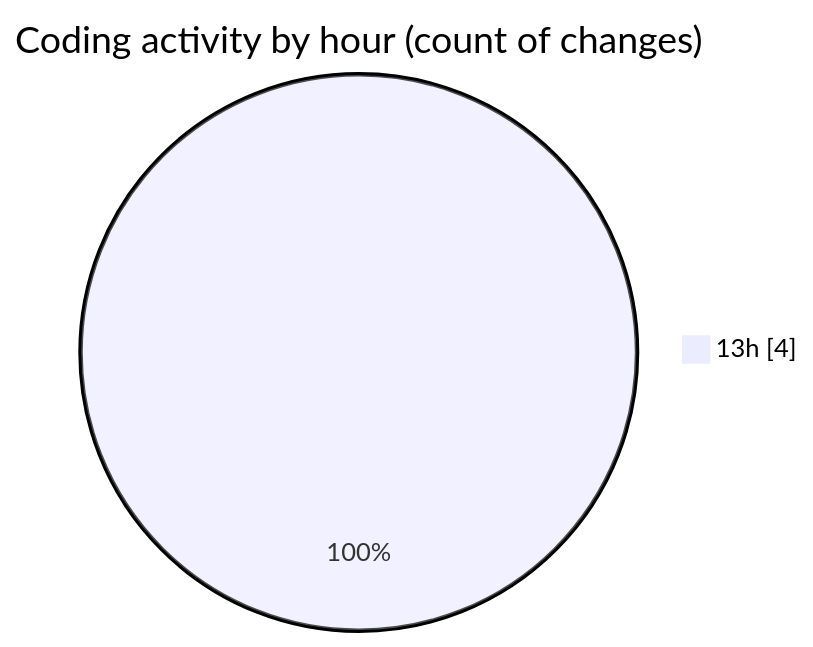
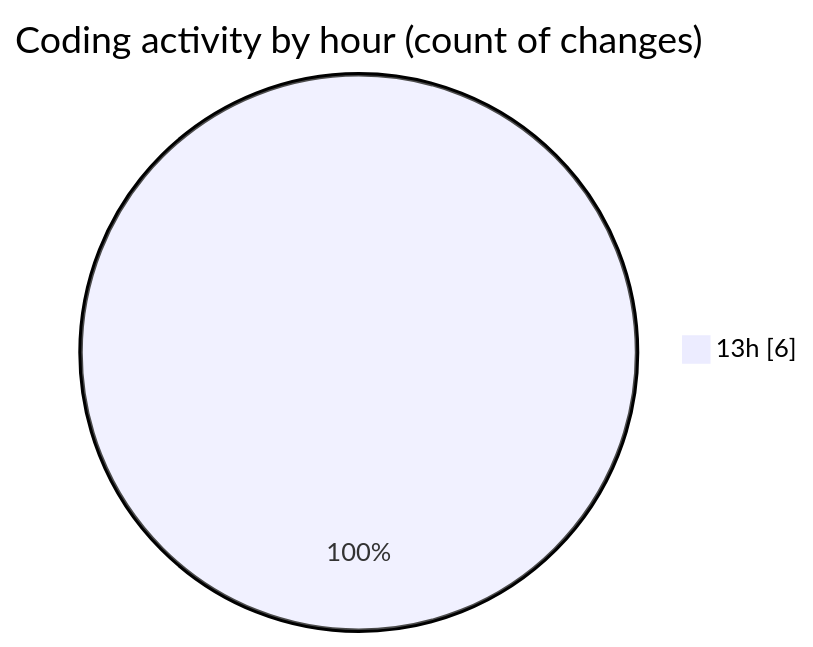
One commit to NitaiMahat/code-tracking changed the second of 2 diagrams in 2025-03-08/computer_202/README.md. Above: the diagram before and after it, drawn with Mermaid. The commit also changed other lines of this file and 1 other file, not shown here.

````diff
--- a/2025-03-08/computer_202/README.md
+++ b/2025-03-08/computer_202/README.md
@@ -28,5 +28,5 @@
 ```mermaid
 pie showData
 title Coding activity by hour (count of changes)
-"13h" : 4
+"13h" : 6
 ```
````
